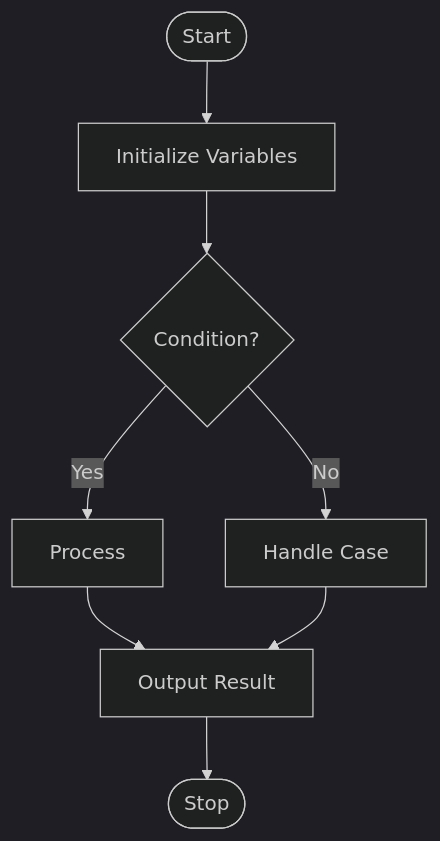
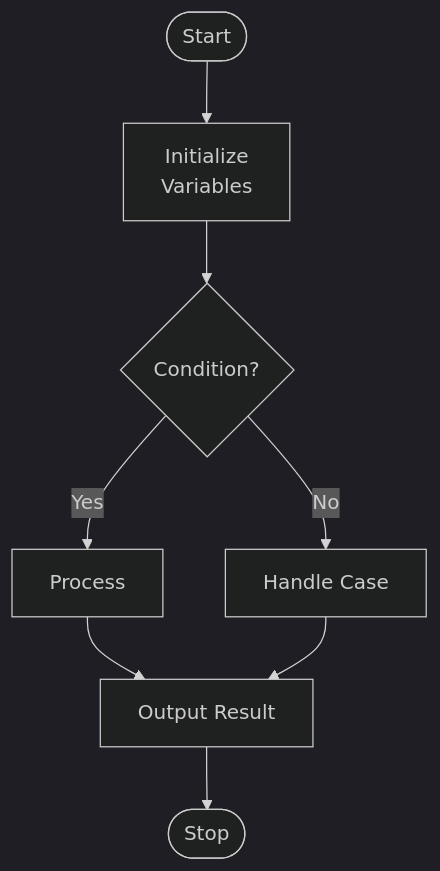
The diagram in 09-Templates/Lab-Template.md (amitdevx/TY), drawn with Mermaid (dark theme) before and after one commit. The commit also changed 65 other files, not shown here.

Commit message:
fix:graph vertical

````diff
--- a/09-Templates/Lab-Template.md
+++ b/09-Templates/Lab-Template.md
@@ -93,10 +93,10 @@
 ```mermaid
 flowchart TD
-    A([Start]) --> B[Initialize Variables]
+    A([Start]) --> B[Initialize<br/>Variables]
     B --> C{Condition?}
     C -- Yes --> D[Process]
     C -- No --> E[Handle Case]
     D --> F[Output Result]
     E --> F
     F --> G([Stop])
 ```
````
